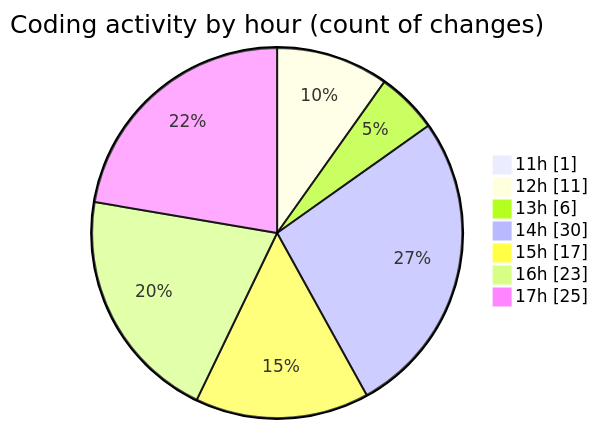
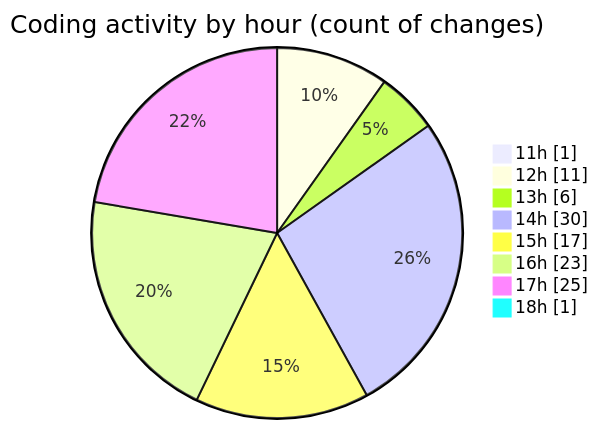
One commit to momahboobian/code-tracking changed the second of 2 diagrams in 2026-03-24/cda/README.md. Above: the diagram before and after it, drawn with Mermaid. The commit also changed other lines of this file and 1 other file, not shown here.

````diff
--- a/2026-03-24/cda/README.md
+++ b/2026-03-24/cda/README.md
@@ -43,11 +43,12 @@
 ```mermaid
 pie showData
 title Coding activity by hour (count of changes)
 "11h" : 1
 "12h" : 11
 "13h" : 6
 "14h" : 30
 "15h" : 17
 "16h" : 23
 "17h" : 25
+"18h" : 1
 ```
````
